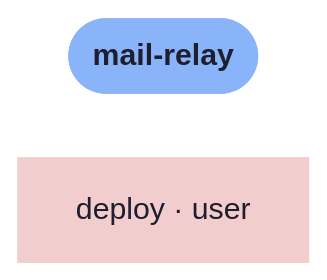
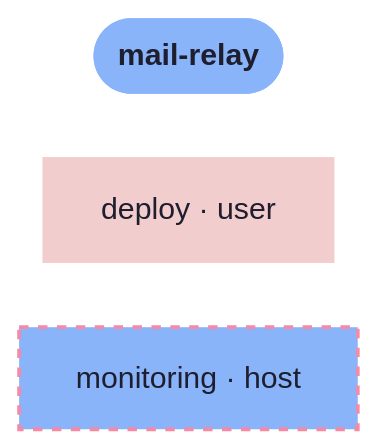
Before and after one commit to sini/den: the diagram in templates/diag-fx-demo/diagrams/mail-relay-orphans.md, drawn with Mermaid. The commit also changed 526 other files, not shown here.

Commit message:
chore: update fx diagrams

````diff
--- a/templates/diag-fx-demo/diagrams/mail-relay-orphans.md
+++ b/templates/diag-fx-demo/diagrams/mail-relay-orphans.md
@@ -5,10 +5,12 @@
 ```mermaid
 %%{init: {"elk":{"mergeEdges":true,"nodePlacementStrategy":"BRANDES_KOEPF"},"layout":"elk","theme":"base","themeVariables":{"activationBkgColor":"#313244","activationBorderColor":"#6c7086","actorBkg":"#313244","actorBorder":"#a6adc8","actorLineColor":"#a6adc8","actorTextColor":"#cdd6f4","background":"#1e1e2e","classText":"#cdd6f4","clusterBkg":"#313244","clusterBorder":"#6c7086","edgeLabelBackground":"#1e1e2e","labelBoxBkgColor":"#313244","labelBoxBorderColor":"#a6adc8","labelTextColor":"#cdd6f4","lineColor":"#a6adc8","loopTextColor":"#cdd6f4","mainBkg":"#313244","nodeBkg":"#313244","nodeBorder":"#a6adc8","nodeTextColor":"#cdd6f4","noteBkgColor":"#313244","noteBorderColor":"#6c7086","noteTextColor":"#cdd6f4","pie1":"#f38ba8","pie2":"#fab387","pie3":"#f9e2af","pie4":"#a6e3a1","pie5":"#94e2d5","pie6":"#89b4fa","pie7":"#cba6f7","pie8":"#f2cdcd","pieLegendTextColor":"#cdd6f4","pieOuterStrokeColor":"#6c7086","pieSectionTextColor":"#cdd6f4","pieStrokeColor":"#6c7086","pieTitleTextColor":"#cdd6f4","primaryBorderColor":"#a6adc8","primaryColor":"#313244","primaryTextColor":"#cdd6f4","secondBkg":"#313244","secondaryBorderColor":"#6c7086","secondaryColor":"#313244","secondaryTextColor":"#cdd6f4","sequenceNumberColor":"#1e1e2e","signalColor":"#a6adc8","signalTextColor":"#cdd6f4","tertiaryBorderColor":"#6c7086","tertiaryColor":"#313244","tertiaryTextColor":"#cdd6f4","textColor":"#cdd6f4","titleColor":"#cdd6f4"}}}%%
 graph LR
   mail_relay([mail-relay]):::root
   deploy["deploy · user"]:::deploy_c
+  monitoring["monitoring · host"]:::monitoring_c
 
 
   classDef root fill:#89b4fa,stroke:#89b4fa,color:#1e1e2e,font-weight:bold
   classDef deploy_c fill:#f2cdcd,stroke:#f2cdcd,color:#1e1e2e,stroke-width:2px
+  classDef monitoring_c fill:#89b4fa,stroke:#f38ba8,color:#1e1e2e,stroke-dasharray: 5 5,stroke-width:2px
 ```
````
